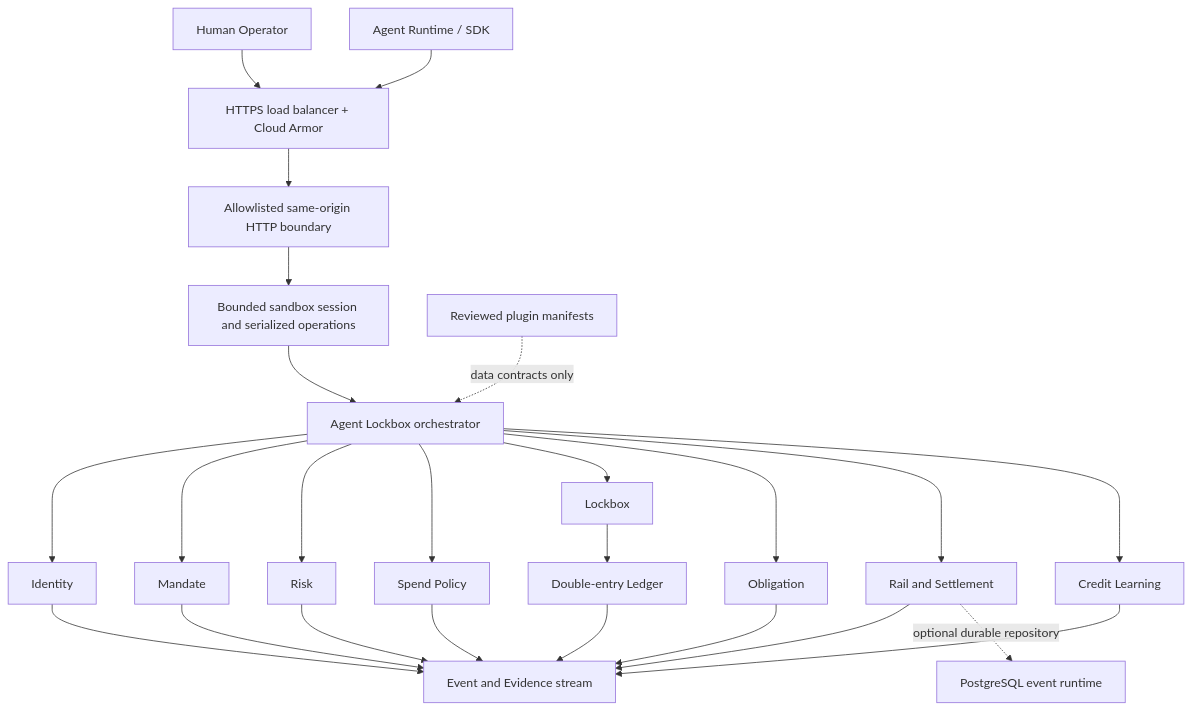
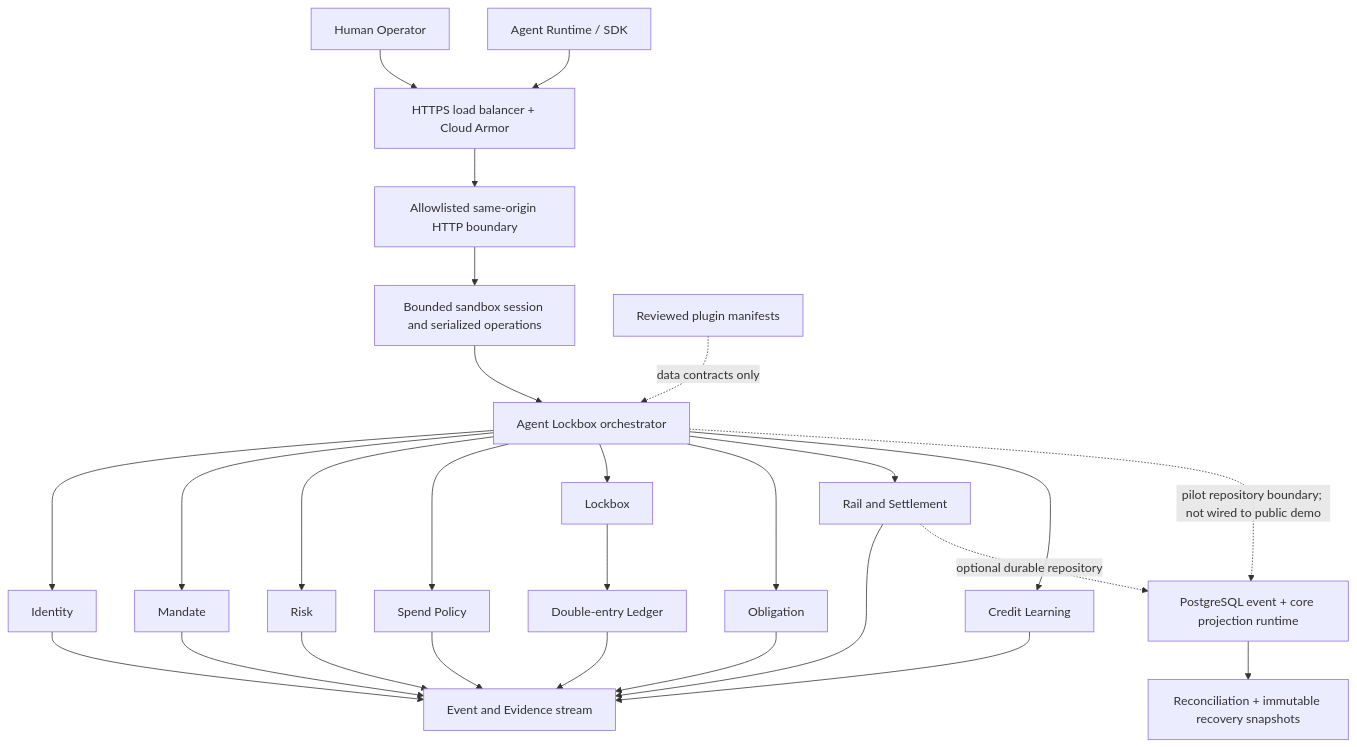
One commit to CPTM511/IPO.ONE changed the diagram in README.md. Above: the diagram before and after it, drawn with Mermaid. The commit also changed other lines of this file and 22 other files, not shown here.

Commit message:
Add durable core state and reconciliation

````diff
--- a/README.md
+++ b/README.md
@@ -107,30 +111,32 @@
 ```mermaid
 flowchart TB
   Human["Human Operator"] --> Edge["HTTPS load balancer + Cloud Armor"]
   Agent["Agent Runtime / SDK"] --> Edge
   Edge --> HTTP["Allowlisted same-origin HTTP boundary"]
   HTTP --> Session["Bounded sandbox session and serialized operations"]
   Session --> Flow["Agent Lockbox orchestrator"]
 
   Flow --> Identity["Identity"]
   Flow --> Mandate["Mandate"]
   Flow --> Risk["Risk"]
   Flow --> Spend["Spend Policy"]
   Flow --> Lockbox["Lockbox"]
   Flow --> Obligation["Obligation"]
   Flow --> Rail["Rail and Settlement"]
   Flow --> Learning["Credit Learning"]
 
   Identity --> Evidence["Event and Evidence stream"]
   Mandate --> Evidence
   Risk --> Evidence
   Spend --> Evidence
   Lockbox --> Ledger["Double-entry Ledger"]
   Obligation --> Evidence
   Rail --> Evidence
   Learning --> Evidence
   Ledger --> Evidence
 
-  Rail -. optional durable repository .-> Postgres["PostgreSQL event runtime"]
+  Flow -. pilot repository boundary; not wired to public demo .-> Postgres["PostgreSQL event + core projection runtime"]
+  Rail -. optional durable repository .-> Postgres
+  Postgres --> Recon["Reconciliation + immutable recovery snapshots"]
   Plugins["Reviewed plugin manifests"] -. data contracts only .-> Flow
 ```
````
